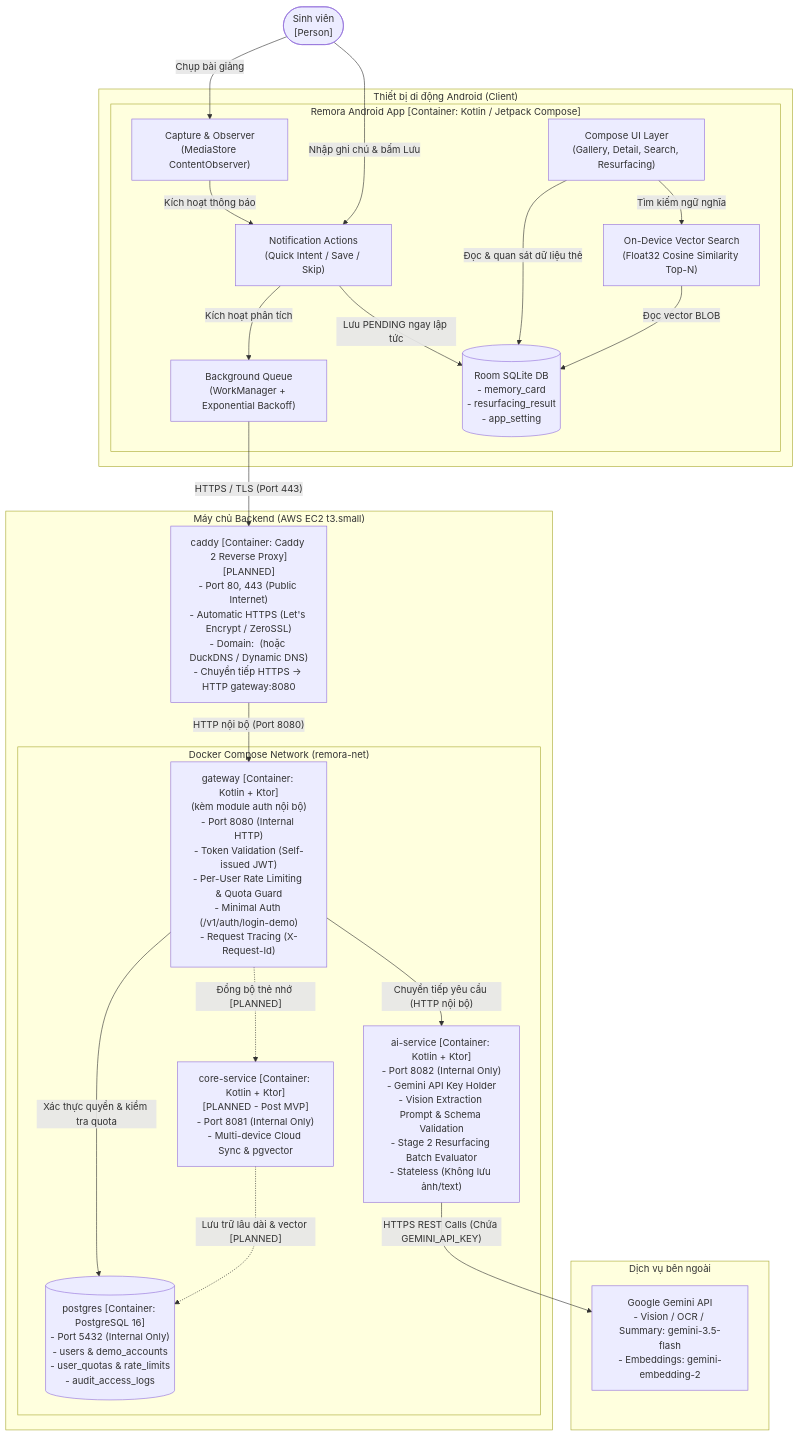
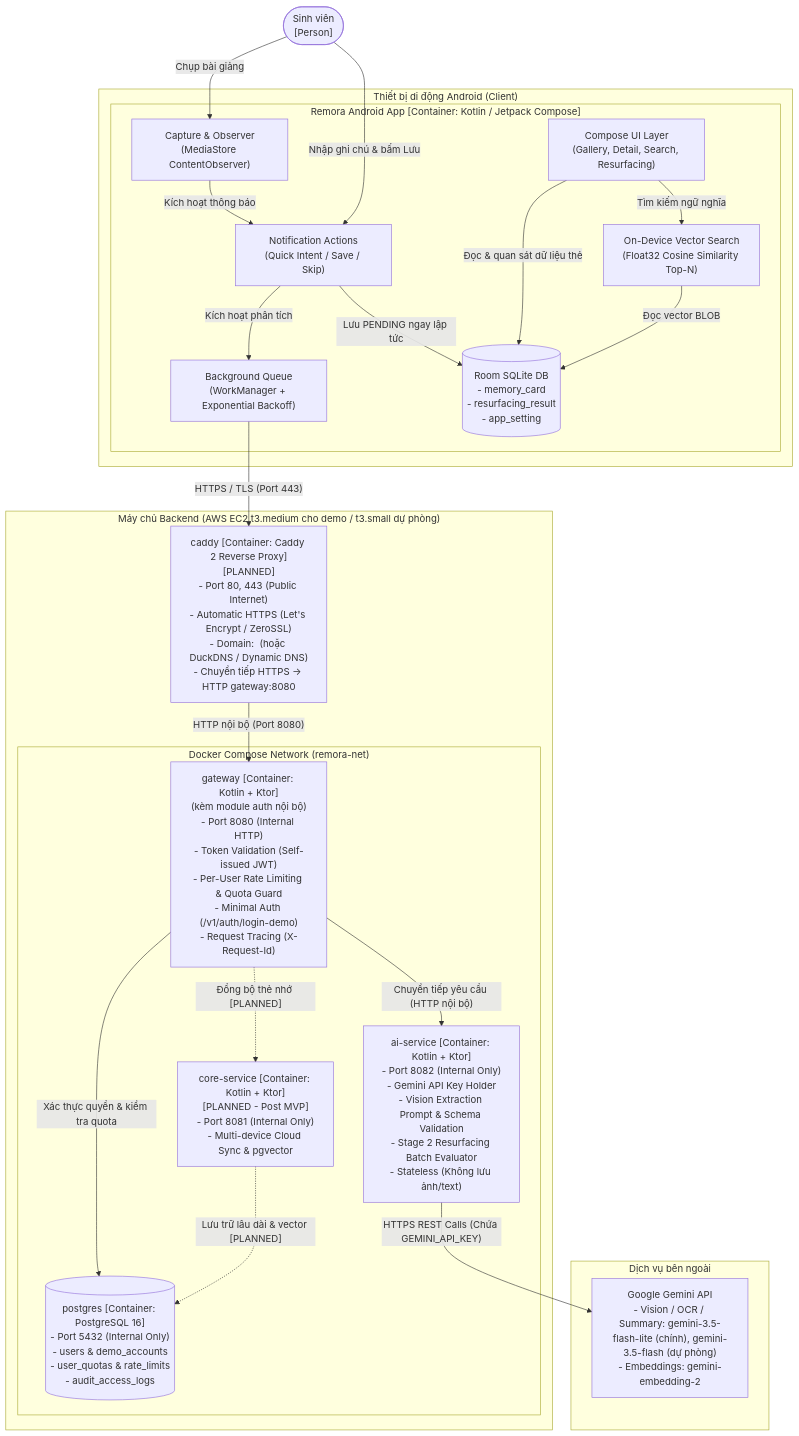
Before and after one commit to ChienPM-27/Remora: the second of 2 diagrams in docs/architecture/01-context-and-containers.md, drawn with Mermaid. The commit also changed other lines of this file and 12 other files, not shown here.

Commit message:
docs: synchronize architecture docs with verified decisions

````diff
--- a/docs/architecture/01-context-and-containers.md
+++ b/docs/architecture/01-context-and-containers.md
@@ -41,54 +41,54 @@
 ```mermaid
 flowchart TB
     User(["Sinh viên\n[Person]"])
 
     subgraph ClientDevice ["Thiết bị di động Android (Client)"]
         subgraph AndroidAppContainer ["Remora Android App [Container: Kotlin / Jetpack Compose]"]
             CaptureModule["Capture & Observer\n(MediaStore ContentObserver)"]
             NotificationModule["Notification Actions\n(Quick Intent / Save / Skip)"]
             UIModule["Compose UI Layer\n(Gallery, Detail, Search, Resurfacing)"]
             WorkerModule["Background Queue\n(WorkManager + Exponential Backoff)"]
             SearchEngine["On-Device Vector Search\n(Float32 Cosine Similarity Top-N)"]
             RoomDB[("Room SQLite DB\n- memory_card\n- resurfacing_result\n- app_setting")]
         end
     end
 
-    subgraph CloudBackend ["Máy chủ Backend (AWS EC2 t3.small)"]
+    subgraph CloudBackend ["Máy chủ Backend (AWS EC2 t3.medium cho demo / t3.small dự phòng)"]
         TLSTerminator["caddy [Container: Caddy 2 Reverse Proxy]\n[PLANNED]\n- Port 80, 443 (Public Internet)\n- Automatic HTTPS (Let's Encrypt / ZeroSSL)\n- Domain: <DOMAIN> (hoặc DuckDNS / Dynamic DNS)\n- Chuyển tiếp HTTPS -> HTTP gateway:8080"]
 
         subgraph DockerComposeHost ["Docker Compose Network (remora-net)"]
             GatewayService["gateway [Container: Kotlin + Ktor]\n(kèm module auth nội bộ)\n- Port 8080 (Internal HTTP)\n- Token Validation (Self-issued JWT)\n- Per-User Rate Limiting & Quota Guard\n- Minimal Auth (/v1/auth/login-demo)\n- Request Tracing (X-Request-Id)"]
             
             AIService["ai-service [Container: Kotlin + Ktor]\n- Port 8082 (Internal Only)\n- Gemini API Key Holder\n- Vision Extraction Prompt & Schema Validation\n- Stage 2 Resurfacing Batch Evaluator\n- Stateless (Không lưu ảnh/text)"]
             
             PostgresDB[("postgres [Container: PostgreSQL 16]\n- Port 5432 (Internal Only)\n- users & demo_accounts\n- user_quotas & rate_limits\n- audit_access_logs")]
             
             CoreService["core-service [Container: Kotlin + Ktor]\n[PLANNED - Post MVP]\n- Port 8081 (Internal Only)\n- Multi-device Cloud Sync & pgvector"]
         end
     end
 
     subgraph ExternalServices ["Dịch vụ bên ngoài"]
-        GeminiPlatform["Google Gemini API\n- Vision / OCR / Summary: gemini-3.5-flash\n- Embeddings: gemini-embedding-2"]
+        GeminiPlatform["Google Gemini API\n- Vision / OCR / Summary: gemini-3.5-flash-lite (chính), gemini-3.5-flash (dự phòng)\n- Embeddings: gemini-embedding-2"]
     end
 
     %% Tương tác Client
     User -->|"Chụp bài giảng"| CaptureModule
     CaptureModule -->|"Kích hoạt thông báo"| NotificationModule
     User -->|"Nhập ghi chú & bấm Lưu"| NotificationModule
     NotificationModule -->|"Lưu PENDING ngay lập tức"| RoomDB
     NotificationModule -->|"Kích hoạt phân tích"| WorkerModule
     WorkerModule -->|"HTTPS / TLS (Port 443)"| TLSTerminator
     TLSTerminator -->|"HTTP nội bộ (Port 8080)"| GatewayService
     UIModule -->|"Đọc & quan sát dữ liệu thẻ"| RoomDB
     UIModule -->|"Tìm kiếm ngữ nghĩa"| SearchEngine
     SearchEngine -->|"Đọc vector BLOB"| RoomDB
 
     %% Tương tác Backend Nội bộ
     GatewayService -->|"Xác thực quyền & kiểm tra quota"| PostgresDB
     GatewayService -->|"Chuyển tiếp yêu cầu (HTTP nội bộ)"| AIService
     GatewayService -.->|"Đồng bộ thẻ nhớ [PLANNED]"| CoreService
     CoreService -.->|"Lưu trữ lâu dài & vector [PLANNED]"| PostgresDB
 
     %% Tương tác AI
     AIService -->|"HTTPS REST Calls (Chứa GEMINI_API_KEY)"| GeminiPlatform
 ```
````
